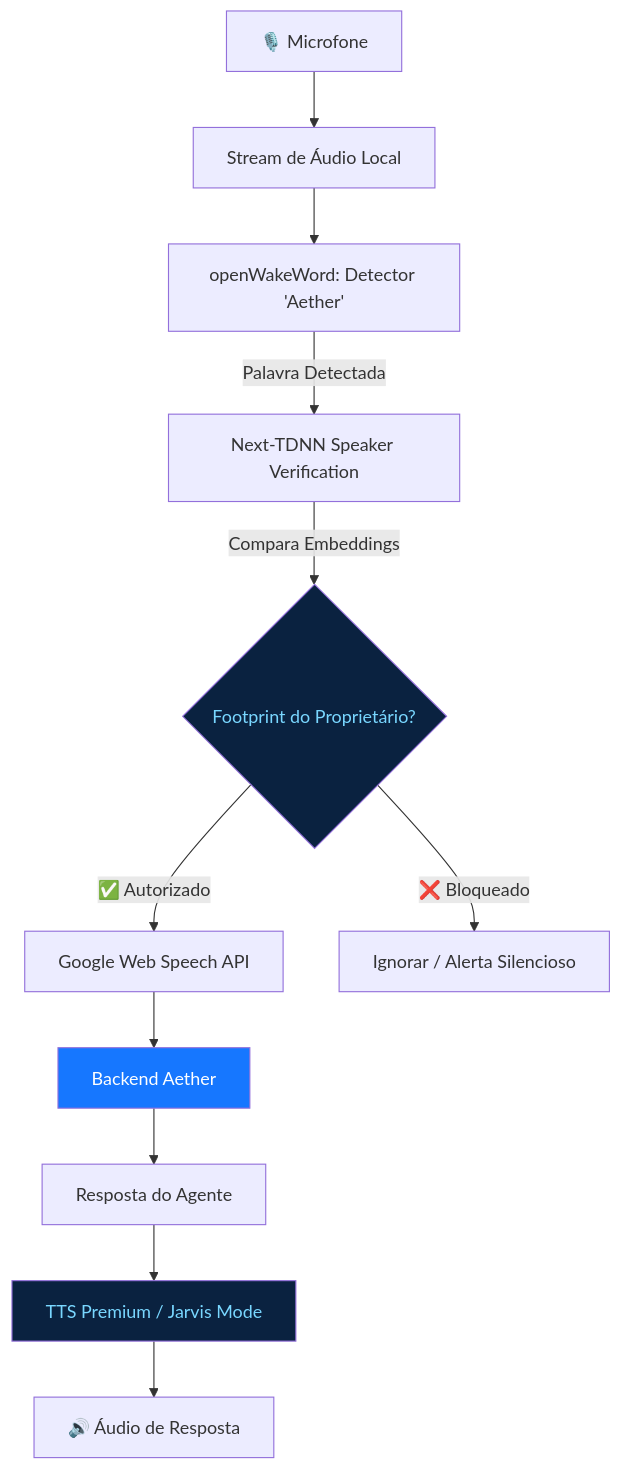
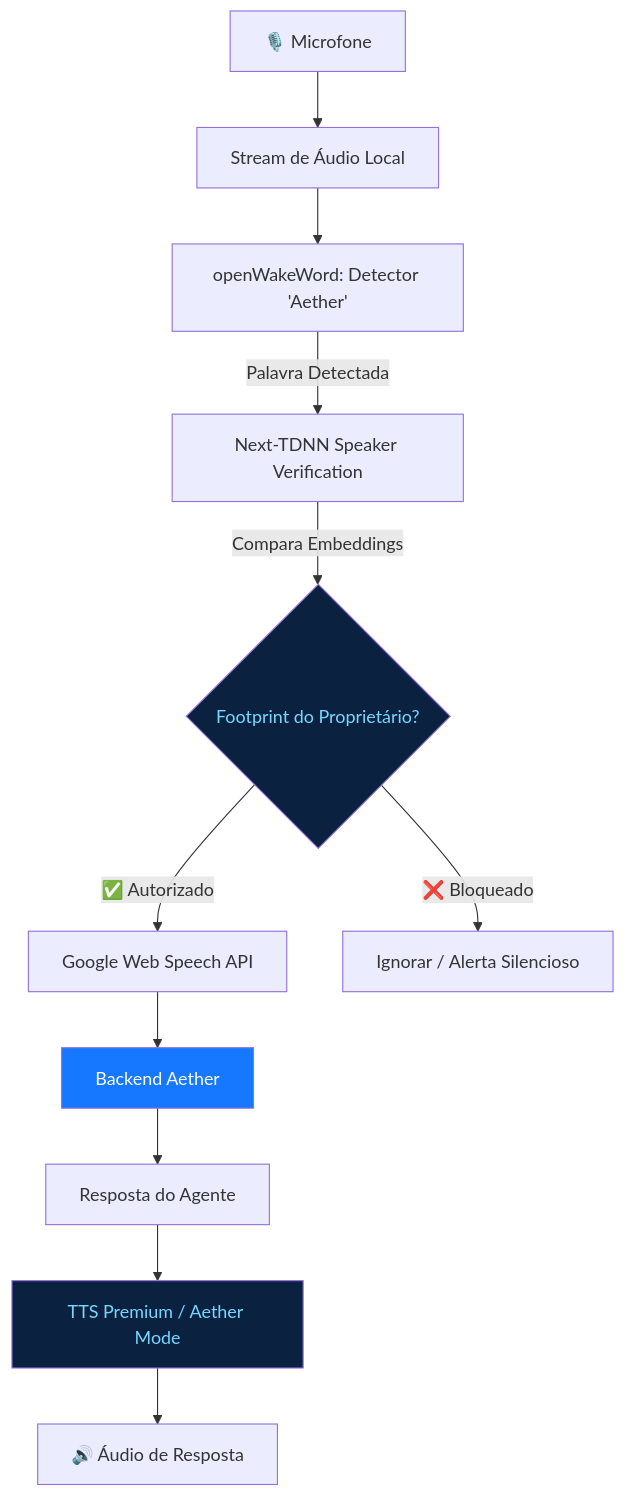
One commit to murilozone-arch/Aether changed the diagram in README.md. Above: the diagram before and after it, drawn with Mermaid. The commit also changed other lines of this file and 1 other file, not shown here.

Commit message:
feat(brand): rename voice/TTS references from Jarvis to Aether

````diff
--- a/README.md
+++ b/README.md
@@ -89,17 +89,17 @@
 ```mermaid
 graph TD
     Mic[🎙️ Microfone] --> AudioStream[Stream de Áudio Local]
     AudioStream --> WakeWord["openWakeWord: Detector 'Aether'"]
     WakeWord -->|Palavra Detectada| SpeakerVerifier[Next-TDNN Speaker Verification]
     SpeakerVerifier -->|Compara Embeddings| Footprint{Footprint do Proprietário?}
     Footprint -->|✅ Autorizado| STT[Google Web Speech API]
     Footprint -->|❌ Bloqueado| Silent[Ignorar / Alerta Silencioso]
     STT --> SendToAgent[Backend Aether]
     SendToAgent --> AgentReply[Resposta do Agente]
-    AgentReply --> TTS[TTS Premium / Jarvis Mode]
+    AgentReply --> TTS[TTS Premium / Aether Mode]
     TTS --> Speaker[🔊 Áudio de Resposta]
 
     style Footprint fill:#0A2240,color:#79D7FF
     style SendToAgent fill:#1677ff,color:#fff
     style TTS fill:#0A2240,color:#79D7FF
 ```
````
